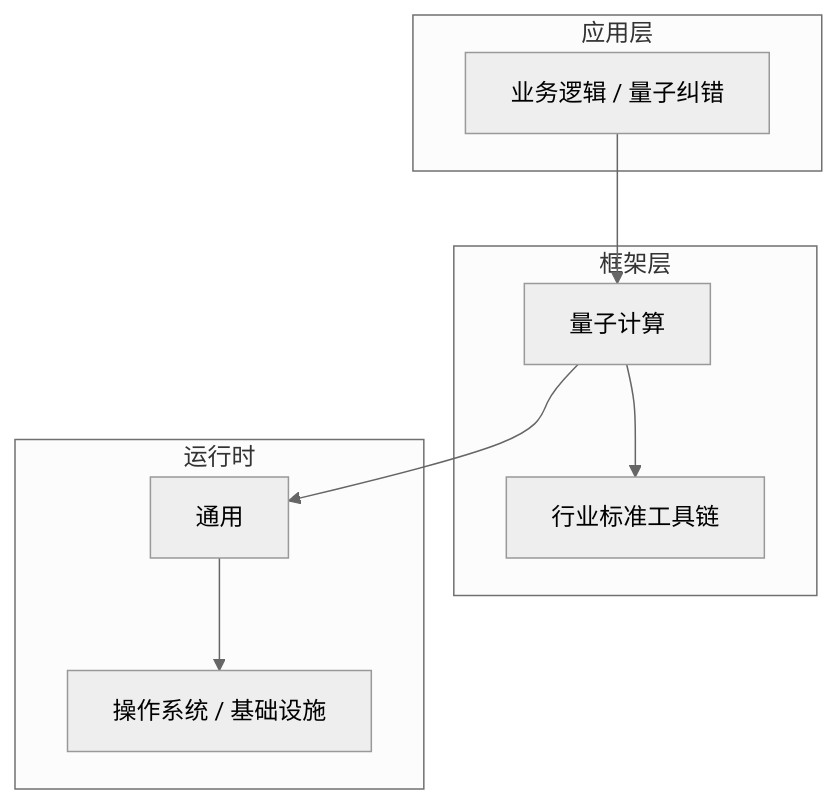
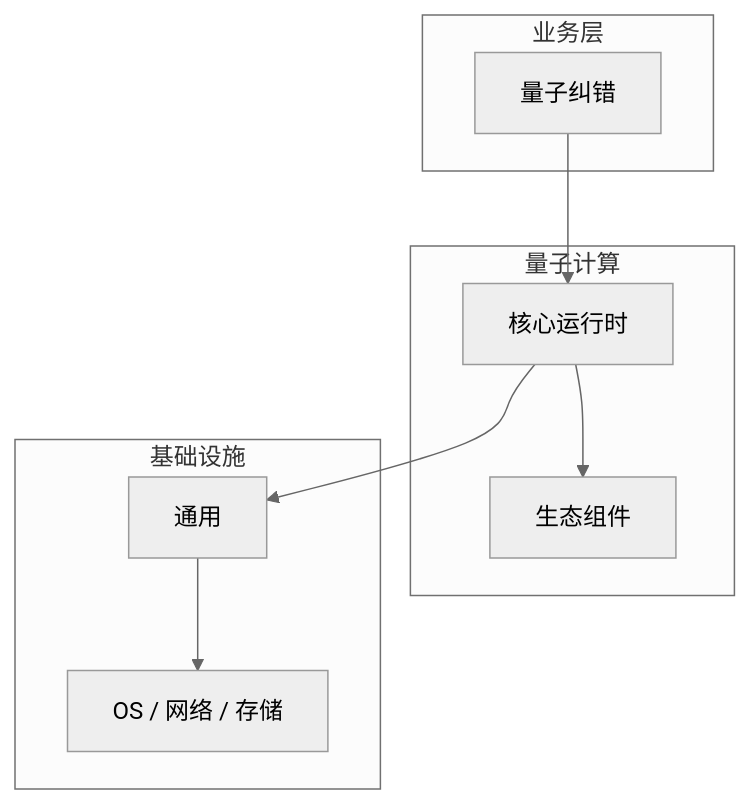
One commit to yanggan2015/knowledge-json-v2 changed the diagram in articles/量子计算/chapters/039-量子纠错核心概念与原理.md. Above: the diagram before and after it, drawn with Mermaid (neutral theme). The commit also changed other lines of this file and 10127 other files, not shown here.

````diff
--- a/articles/量子计算/chapters/039-量子纠错核心概念与原理.md
+++ b/articles/量子计算/chapters/039-量子纠错核心概念与原理.md
@@ -45,18 +30,18 @@
 ```mermaid
 graph TB
-    subgraph 应用层
-        A[业务逻辑 / 量子纠错]
+    subgraph 业务层
+        A[量子纠错]
     end
-    subgraph 框架层
-        B[量子计算]
-        C[行业标准工具链]
+    subgraph 量子计算
+        B[核心运行时]
+        C[生态组件]
     end
-    subgraph 运行时
+    subgraph 基础设施
         D[通用]
-        E[操作系统 / 基础设施]
+        E[OS / 网络 / 存储]
     end
     A --> B
     B --> C
     B --> D
     D --> E
 ```
````
